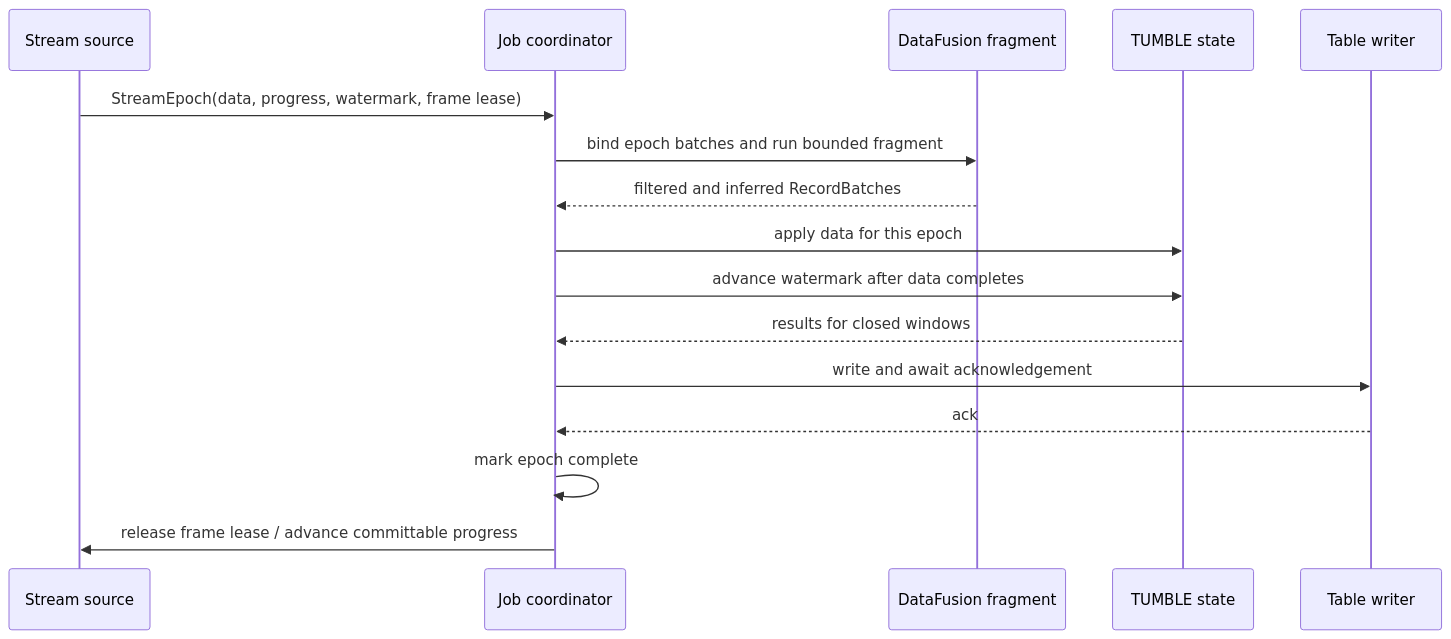
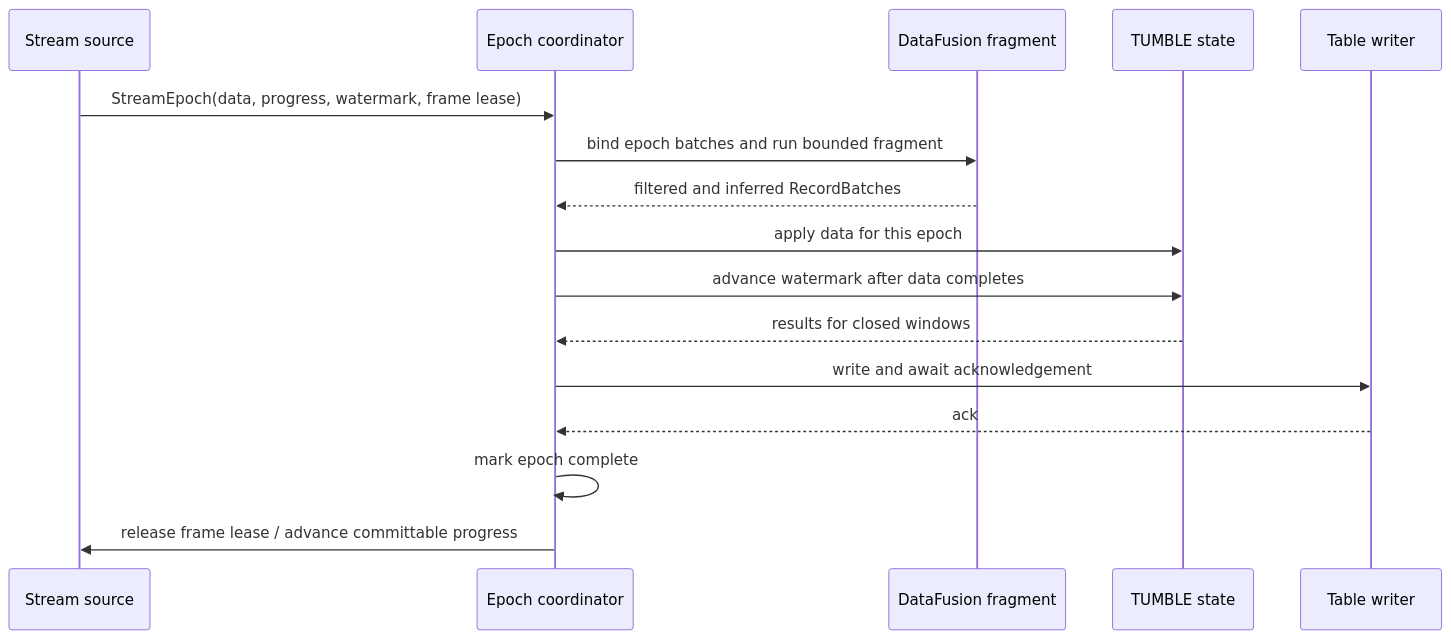
Before and after one commit to zhenlohuang/visionql: the diagram in docs/design/kernel.md, drawn with Mermaid. The commit also changed other lines of this file and 9 other files, not shown here.

````diff
--- a/docs/design/kernel.md
+++ b/docs/design/kernel.md
@@ -123,19 +123,19 @@
 ```mermaid
 sequenceDiagram
     participant S as Stream source
-    participant C as Job coordinator
+    participant C as Epoch coordinator
     participant D as DataFusion fragment
     participant W as TUMBLE state
     participant K as Table writer
 
     S->>C: StreamEpoch(data, progress, watermark, frame lease)
     C->>D: bind epoch batches and run bounded fragment
     D-->>C: filtered and inferred RecordBatches
     C->>W: apply data for this epoch
     C->>W: advance watermark after data completes
     W-->>C: results for closed windows
     C->>K: write and await acknowledgement
     K-->>C: ack
     C->>C: mark epoch complete
     C->>S: release frame lease / advance committable progress
 ```
````
